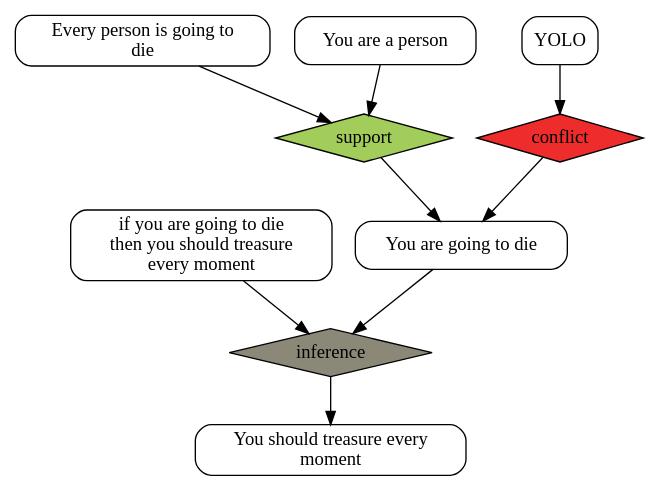
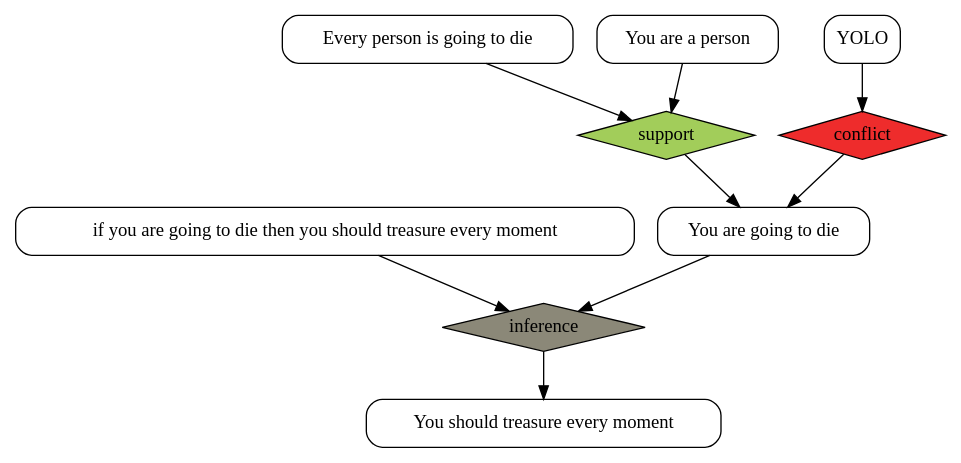
One commit to Open-Argumentation/SADFace changed the diagram in tools/python/examples/out.dot. Above: the diagram before and after it, drawn with Graphviz.

Commit message:
Add example output

```diff
--- a/tools/python/examples/out.dot
+++ b/tools/python/examples/out.dot
@@ -1,22 +1,18 @@
-digraph SADFace {node [style="filled"]"98065126-12f9-4085-b29a-541ecb2010de" [label="You should treasure every
-moment"] [shape=box, style=rounded];
+digraph SADFace {node [style="filled"]"98065126-12f9-4085-b29a-541ecb2010de" [label="You should treasure every moment"] [shape=box, style=rounded];
 "52811614-50b0-471e-b7bf-b9db5334e619" [label="inference"] [colorscheme=X11, fillcolor=cornsilk4, shape=diamond];
-"daca4f24-4a99-49be-b3e3-e30321613fe6" [label="if you are going to die
-then you should treasure
-every moment"] [shape=box, style=rounded];
+"daca4f24-4a99-49be-b3e3-e30321613fe6" [label="if you are going to die then you should treasure every moment"] [shape=box, style=rounded];
 "6cec2482-2fa9-412d-8828-fd39dead9afb" [label="You are going to die"] [shape=box, style=rounded];
 "f48ab0d2-f5c5-4ce9-b7ff-34f08f8a00a0" [label="support"] [colorscheme=X11, fillcolor=darkolivegreen3, shape=diamond];
-"fb4c91f2-7cc3-45e0-a2bb-80a4da168555" [label="Every person is going to
-die"] [shape=box, style=rounded];
+"fb4c91f2-7cc3-45e0-a2bb-80a4da168555" [label="Every person is going to die"] [shape=box, style=rounded];
 "36ac8cd6-3bad-4b2f-b2e1-a9f412a7fb6d" [label="You are a person"] [shape=box, style=rounded];
 "96c9b268-3a62-42f2-a4a1-061e424522bc" [label="conflict"] [colorscheme=X11, fillcolor=firebrick2, shape=diamond];
 "62471cc3-855b-440b-9825-3f2a0d0bd86b" [label="YOLO"] [shape=box, style=rounded];
 "52811614-50b0-471e-b7bf-b9db5334e619" -> "98065126-12f9-4085-b29a-541ecb2010de";
 "daca4f24-4a99-49be-b3e3-e30321613fe6" -> "52811614-50b0-471e-b7bf-b9db5334e619";
 "6cec2482-2fa9-412d-8828-fd39dead9afb" -> "52811614-50b0-471e-b7bf-b9db5334e619";
 "f48ab0d2-f5c5-4ce9-b7ff-34f08f8a00a0" -> "6cec2482-2fa9-412d-8828-fd39dead9afb";
 "fb4c91f2-7cc3-45e0-a2bb-80a4da168555" -> "f48ab0d2-f5c5-4ce9-b7ff-34f08f8a00a0";
 "36ac8cd6-3bad-4b2f-b2e1-a9f412a7fb6d" -> "f48ab0d2-f5c5-4ce9-b7ff-34f08f8a00a0";
 "96c9b268-3a62-42f2-a4a1-061e424522bc" -> "6cec2482-2fa9-412d-8828-fd39dead9afb";
 "62471cc3-855b-440b-9825-3f2a0d0bd86b" -> "96c9b268-3a62-42f2-a4a1-061e424522bc";
 }
```
